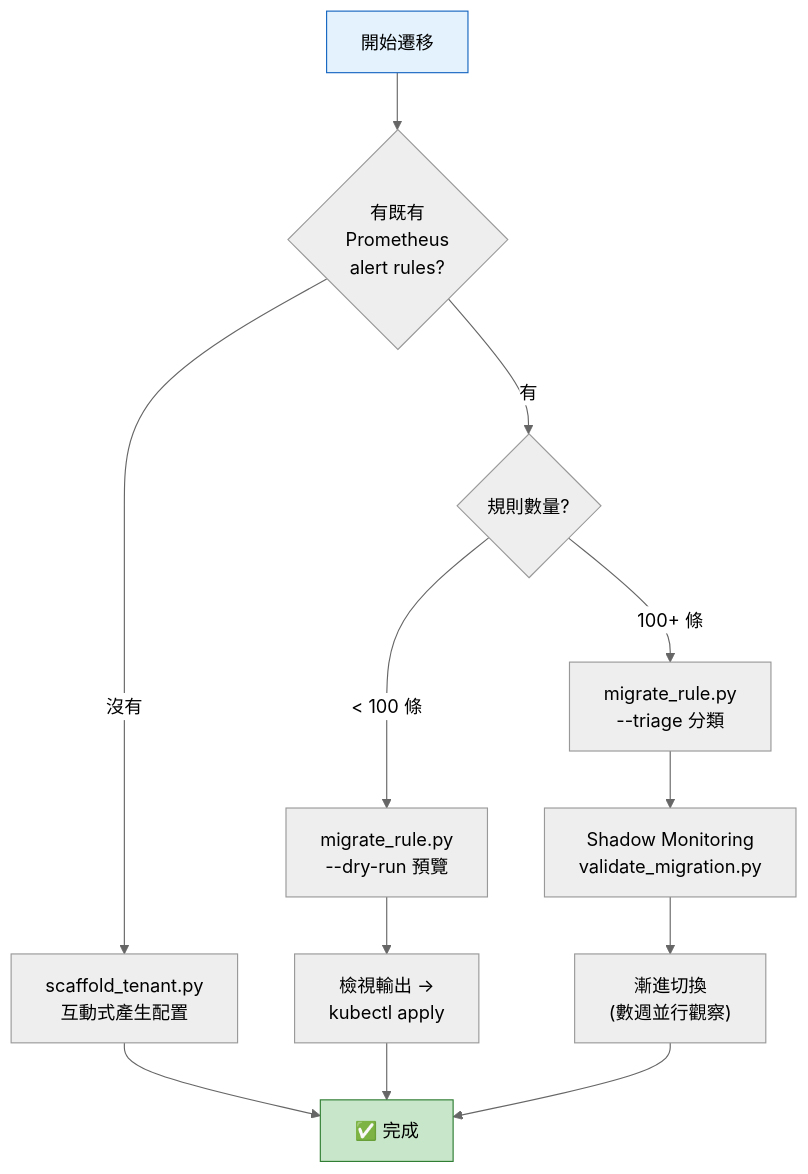
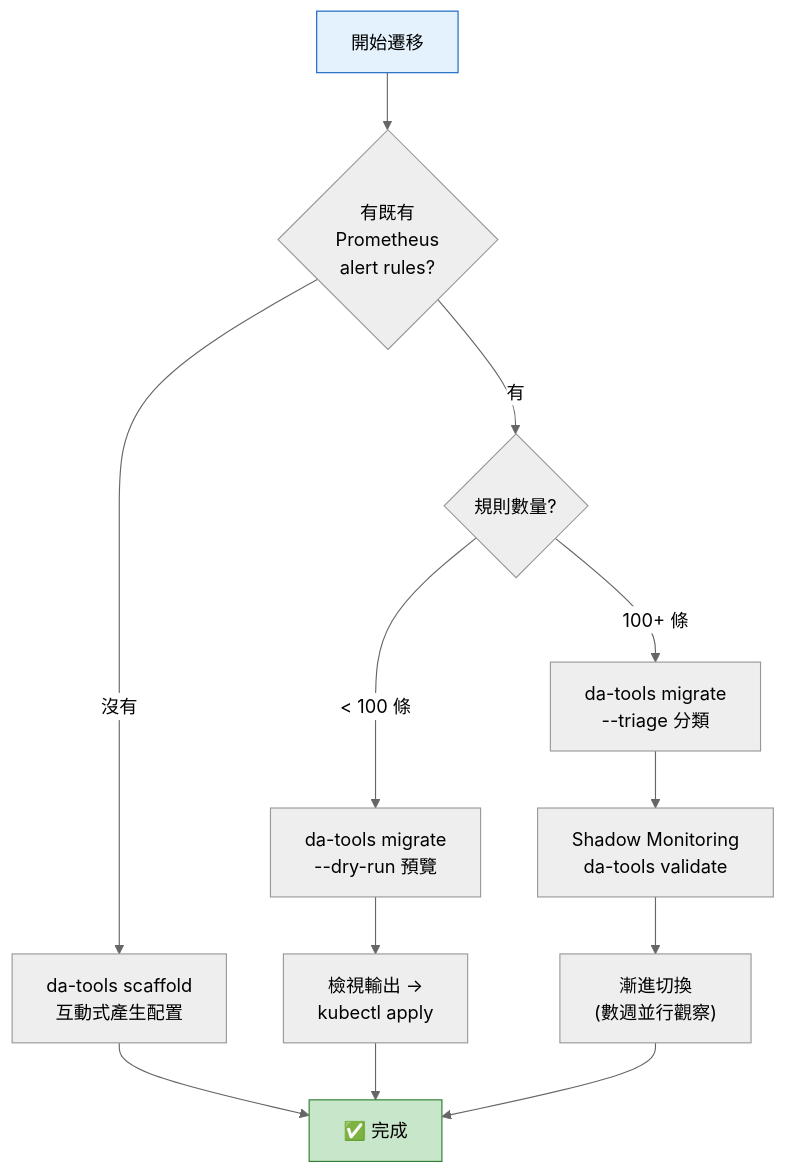
One commit to vencil/Dynamic-Alerting-Integrations changed the diagram in docs/migration-guide.md. Above: the diagram before and after it, drawn with Mermaid (neutral theme). The commit also changed other lines of this file and 25 other files, not shown here.

````diff
--- a/docs/migration-guide.md
+++ b/docs/migration-guide.md
@@ -18,17 +18,17 @@
 ```mermaid
 flowchart TD
     Start["開始遷移"] --> Q1{"有既有<br/>Prometheus<br/>alert rules?"}
-    Q1 -->|"沒有"| S1["scaffold_tenant.py<br/>互動式產生配置"]
+    Q1 -->|"沒有"| S1["da-tools scaffold<br/>互動式產生配置"]
     Q1 -->|"有"| Q2{"規則數量?"}
-    Q2 -->|"< 100 條"| S2["migrate_rule.py<br/>--dry-run 預覽"]
-    Q2 -->|"100+ 條"| S3["migrate_rule.py<br/>--triage 分類"]
+    Q2 -->|"< 100 條"| S2["da-tools migrate<br/>--dry-run 預覽"]
+    Q2 -->|"100+ 條"| S3["da-tools migrate<br/>--triage 分類"]
     S2 --> D1["檢視輸出 →<br/>kubectl apply"]
-    S3 --> S4["Shadow Monitoring<br/>validate_migration.py"]
+    S3 --> S4["Shadow Monitoring<br/>da-tools validate"]
     S4 --> S5["漸進切換<br/>(數週並行觀察)"]
     S1 --> Done["✅ 完成"]
     D1 --> Done
     S5 --> Done
 
     style Done fill:#c8e6c9,stroke:#2e7d32
     style Start fill:#e3f2fd,stroke:#1565c0
 ```
````
